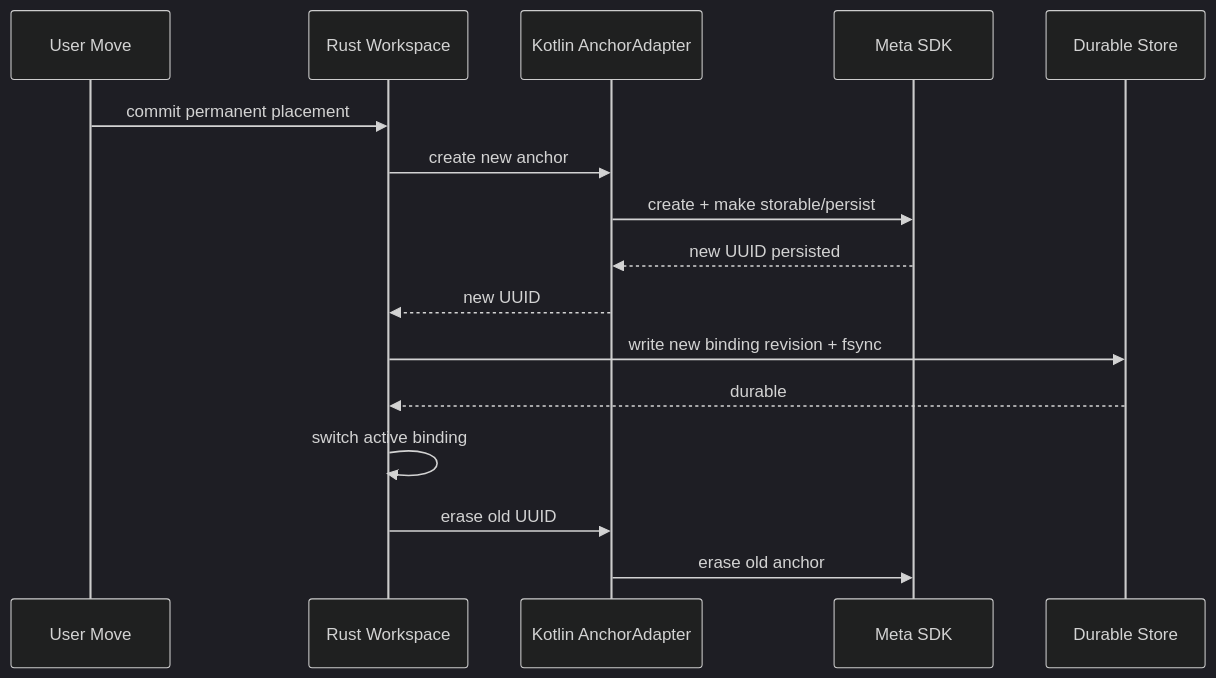
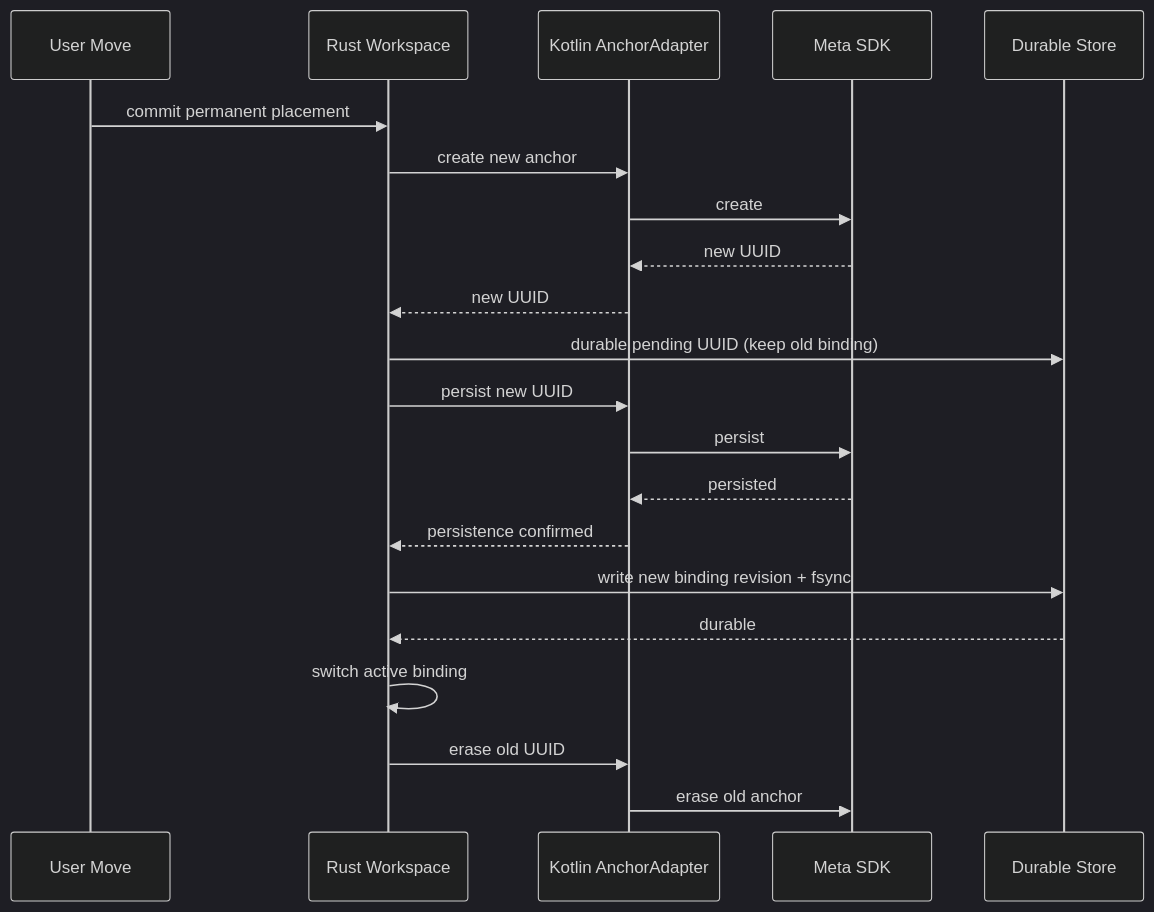
One commit to tin-machine/eidolon-wayland changed the seventh of 9 diagrams in docs/features/spatial-anchor/spatial-anchor-linux-design-20261111.md. Above: the diagram before and after it, drawn with Mermaid (dark theme). The commit also changed other lines of this file and 1 other file, not shown here.

```diff
--- a/docs/features/spatial-anchor/spatial-anchor-linux-design-20261111.md
+++ b/docs/features/spatial-anchor/spatial-anchor-linux-design-20261111.md
@@ -962,19 +959,24 @@
 ~~~mermaid
 sequenceDiagram
     participant UI as User Move
     participant Core as Rust Workspace
     participant KA as Kotlin AnchorAdapter
     participant Meta as Meta SDK
     participant Store as Durable Store
 
     UI->>Core: commit permanent placement
     Core->>KA: create new anchor
-    KA->>Meta: create + make storable/persist
-    Meta-->>KA: new UUID persisted
+    KA->>Meta: create
+    Meta-->>KA: new UUID
     KA-->>Core: new UUID
+    Core->>Store: durable pending UUID (keep old binding)
+    Core->>KA: persist new UUID
+    KA->>Meta: persist
+    Meta-->>KA: persisted
+    KA-->>Core: persistence confirmed
     Core->>Store: write new binding revision + fsync
     Store-->>Core: durable
     Core->>Core: switch active binding
     Core->>KA: erase old UUID
     KA->>Meta: erase old anchor
 ~~~
```
